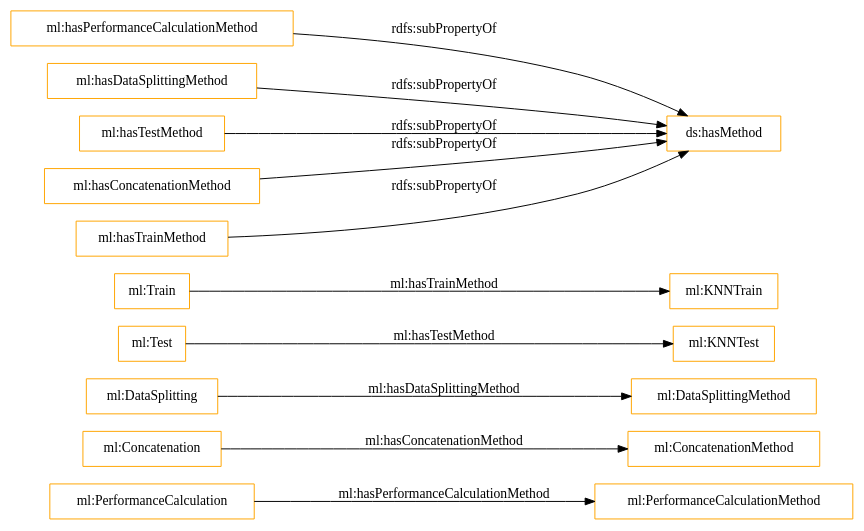
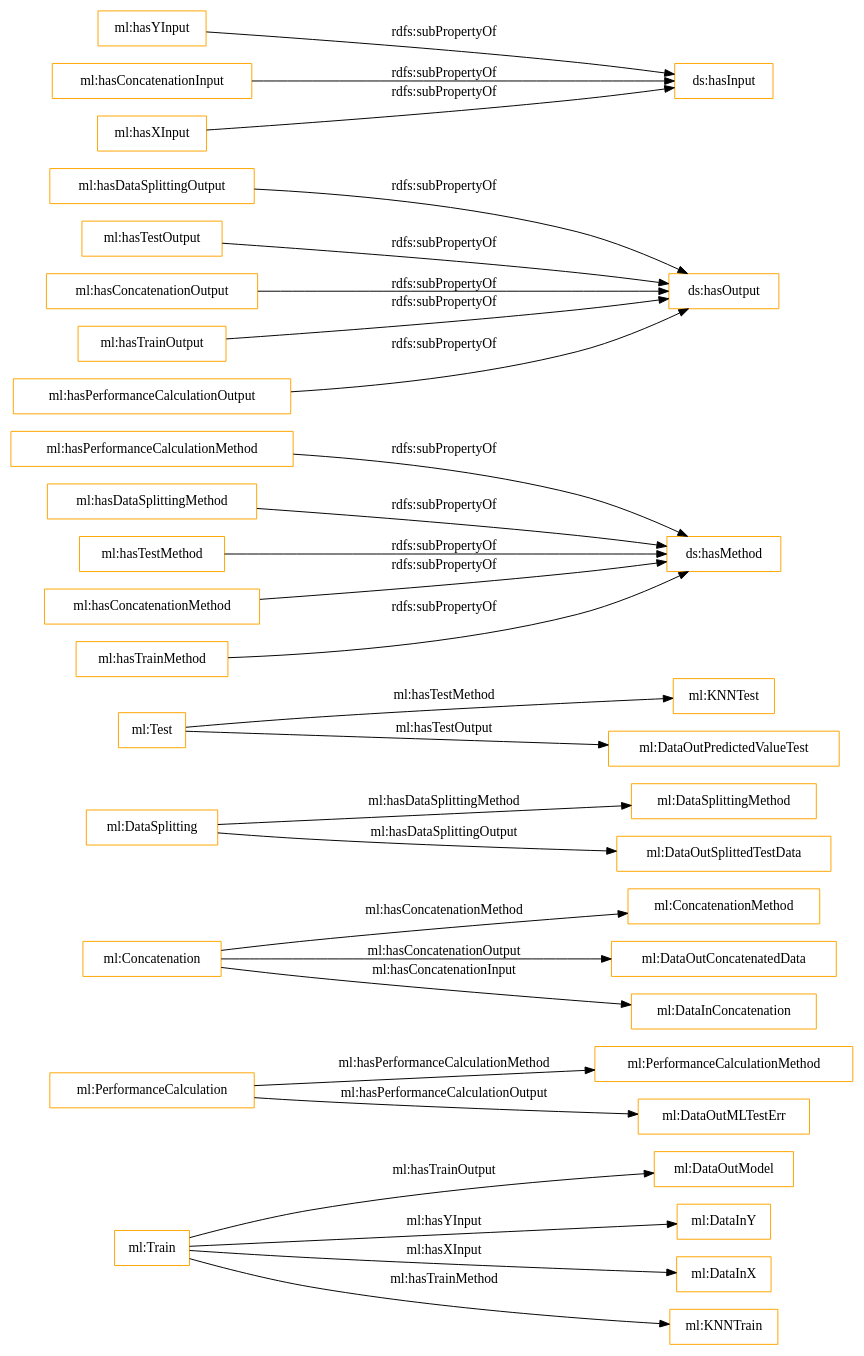
One commit to nsai-uio/ExeKGOntology changed the diagram in OnToology/ml_exeKGOntology.ttl/diagrams/ar2dtool-class/ml_exeKGOntology.ttl.png.dot. Above: the diagram before and after it, drawn with Graphviz. The commit also changed 35 other files, not shown here.

```diff
--- a/OnToology/ml_exeKGOntology.ttl/diagrams/ar2dtool-class/ml_exeKGOntology.ttl.png.dot
+++ b/OnToology/ml_exeKGOntology.ttl/diagrams/ar2dtool-class/ml_exeKGOntology.ttl.png.dot
@@ -1,16 +1,32 @@
 digraph ar2dtool_diagram { 
 rankdir=LR;
 size="1501"
-node [shape = rectangle, color="orange"]; "ml:PerformanceCalculationMethod" "ml:Concatenation" "ml:ConcatenationMethod" "ml:DataSplitting" "ml:KNNTest" "ml:Test" "ml:DataSplittingMethod" "ml:Train" "ml:PerformanceCalculation" "ml:KNNTrain" ; /*classes style*/
+node [shape = rectangle, color="orange"]; "ml:DataOutModel" "ml:PerformanceCalculationMethod" "ml:Concatenation" "ml:ConcatenationMethod" "ml:DataInY" "ml:DataOutConcatenatedData" "ml:DataSplitting" "ml:KNNTest" "ml:Test" "ml:DataInX" "ml:DataSplittingMethod" "ml:Train" "ml:PerformanceCalculation" "ml:DataOutPredictedValueTest" "ml:KNNTrain" "ml:DataOutMLTestErr" "ml:DataInConcatenation" "ml:DataOutSplittedTestData" ; /*classes style*/
 	"ml:hasPerformanceCalculationMethod" -> "ds:hasMethod" [ label = "rdfs:subPropertyOf" ];
+	"ml:hasDataSplittingOutput" -> "ds:hasOutput" [ label = "rdfs:subPropertyOf" ];
+	"ml:hasYInput" -> "ds:hasInput" [ label = "rdfs:subPropertyOf" ];
+	"ml:hasTestOutput" -> "ds:hasOutput" [ label = "rdfs:subPropertyOf" ];
+	"ml:hasConcatenationInput" -> "ds:hasInput" [ label = "rdfs:subPropertyOf" ];
 	"ml:hasDataSplittingMethod" -> "ds:hasMethod" [ label = "rdfs:subPropertyOf" ];
+	"ml:hasConcatenationOutput" -> "ds:hasOutput" [ label = "rdfs:subPropertyOf" ];
 	"ml:hasTestMethod" -> "ds:hasMethod" [ label = "rdfs:subPropertyOf" ];
+	"ml:hasXInput" -> "ds:hasInput" [ label = "rdfs:subPropertyOf" ];
+	"ml:hasTrainOutput" -> "ds:hasOutput" [ label = "rdfs:subPropertyOf" ];
 	"ml:hasConcatenationMethod" -> "ds:hasMethod" [ label = "rdfs:subPropertyOf" ];
 	"ml:hasTrainMethod" -> "ds:hasMethod" [ label = "rdfs:subPropertyOf" ];
-	"ml:Concatenation" -> "ml:ConcatenationMethod" [ label = "ml:hasConcatenationMethod" ];
+	"ml:hasPerformanceCalculationOutput" -> "ds:hasOutput" [ label = "rdfs:subPropertyOf" ];
+	"ml:Test" -> "ml:DataOutPredictedValueTest" [ label = "ml:hasTestOutput" ];
+	"ml:Concatenation" -> "ml:DataInConcatenation" [ label = "ml:hasConcatenationInput" ];
+	"ml:Train" -> "ml:DataOutModel" [ label = "ml:hasTrainOutput" ];
 	"ml:PerformanceCalculation" -> "ml:PerformanceCalculationMethod" [ label = "ml:hasPerformanceCalculationMethod" ];
 	"ml:Test" -> "ml:KNNTest" [ label = "ml:hasTestMethod" ];
+	"ml:DataSplitting" -> "ml:DataSplittingMethod" [ label = "ml:hasDataSplittingMethod" ];
+	"ml:PerformanceCalculation" -> "ml:DataOutMLTestErr" [ label = "ml:hasPerformanceCalculationOutput" ];
+	"ml:Train" -> "ml:DataInX" [ label = "ml:hasXInput" ];
+	"ml:Concatenation" -> "ml:ConcatenationMethod" [ label = "ml:hasConcatenationMethod" ];
+	"ml:DataSplitting" -> "ml:DataOutSplittedTestData" [ label = "ml:hasDataSplittingOutput" ];
 	"ml:Train" -> "ml:KNNTrain" [ label = "ml:hasTrainMethod" ];
-	"ml:DataSplitting" -> "ml:DataSplittingMethod" [ label = "ml:hasDataSplittingMethod" ];
+	"ml:Train" -> "ml:DataInY" [ label = "ml:hasYInput" ];
+	"ml:Concatenation" -> "ml:DataOutConcatenatedData" [ label = "ml:hasConcatenationOutput" ];
 
 }
```
